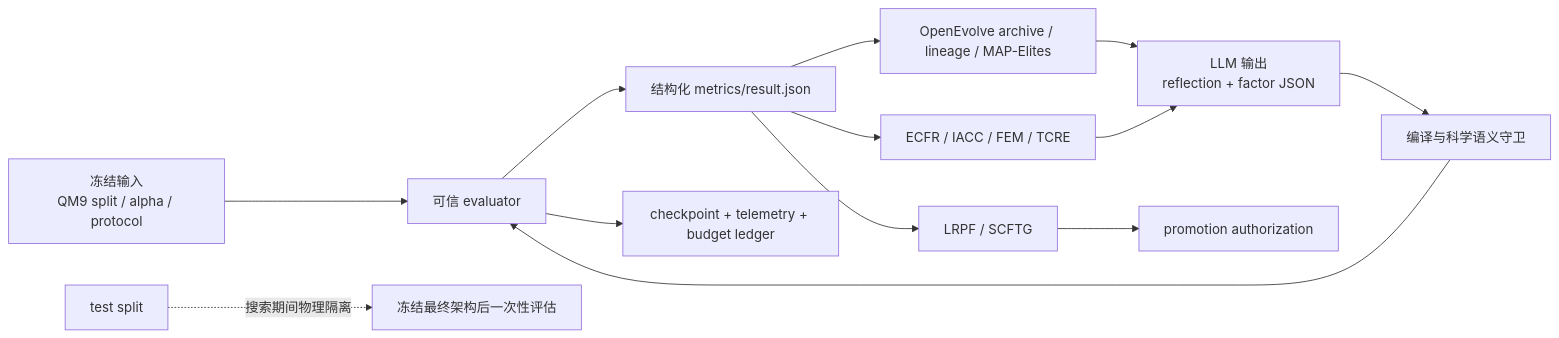
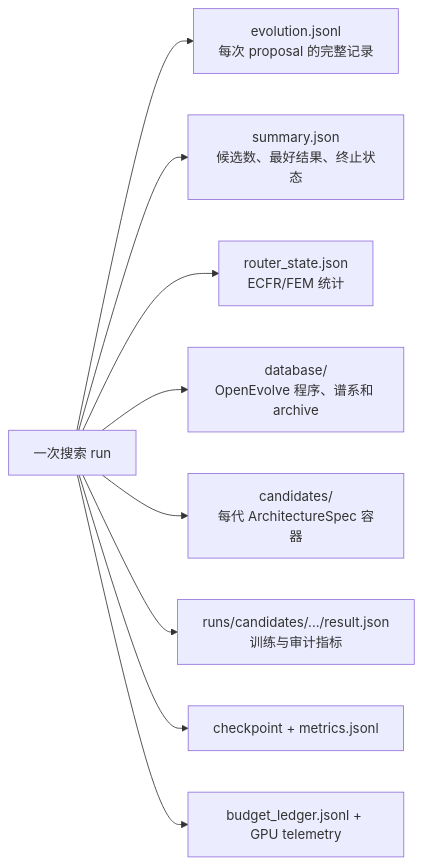
Diagram 11 of 11 in STAGE1_TRACEABILITY.md (tju-yxq/openevolve), drawn with Mermaid before and after one commit. The commit also changed other lines of this file and 1 other file, not shown here.

````diff
--- a/STAGE1_TRACEABILITY.md
+++ b/STAGE1_TRACEABILITY.md
@@ -265,15 +601,11 @@
 ```mermaid
 flowchart LR
-    D1["冻结输入<br/>QM9 split / alpha / protocol"] --> E1["可信 evaluator"]
-    L1["LLM 输出<br/>reflection + factor JSON"] --> C1["编译与科学语义守卫"]
-    C1 --> E1
-    E1 --> A1["结构化 metrics/result.json"]
-    E1 --> K1["checkpoint + telemetry + budget ledger"]
-    A1 --> O1["OpenEvolve archive / lineage / MAP-Elites"]
-    A1 --> R1["ECFR / IACC / FEM / TCRE"]
-    A1 --> F1["LRPF / SCFTG"]
-    O1 --> L1
-    R1 --> L1
-    F1 --> G1["promotion authorization"]
-    T1["test split"] -. "搜索期间物理隔离" .-> X1["冻结最终架构后一次性评估"]
+    RUN["一次搜索 run"] --> E["evolution.jsonl<br/>每次 proposal 的完整记录"]
+    RUN --> S["summary.json<br/>候选数、最好结果、终止状态"]
+    RUN --> R["router_state.json<br/>ECFR/FEM 统计"]
+    RUN --> D["database/<br/>OpenEvolve 程序、谱系和 archive"]
+    RUN --> C["candidates/<br/>每代 ArchitectureSpec 容器"]
+    RUN --> M["runs/candidates/.../result.json<br/>训练与审计指标"]
+    RUN --> K["checkpoint + metrics.jsonl"]
+    RUN --> B["budget_ledger.jsonl + GPU telemetry"]
 ```
````
